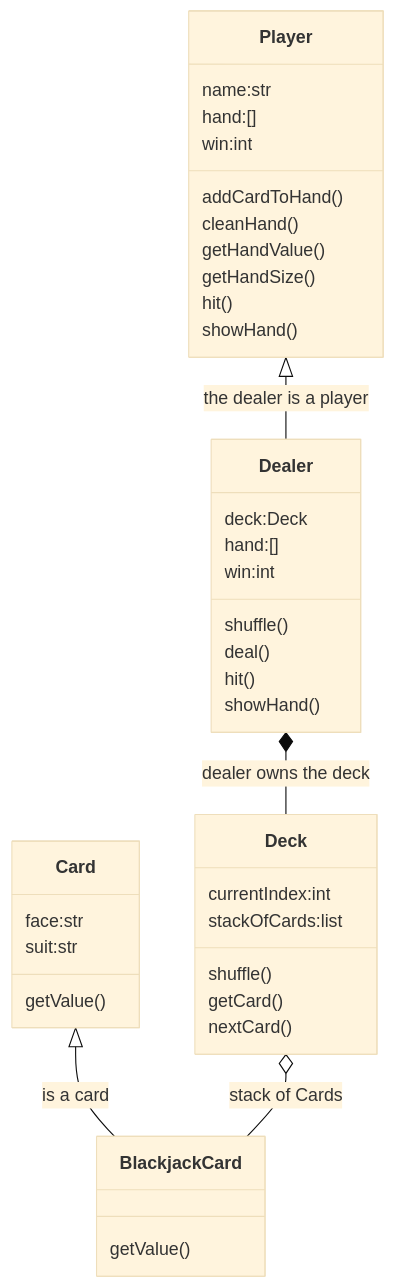
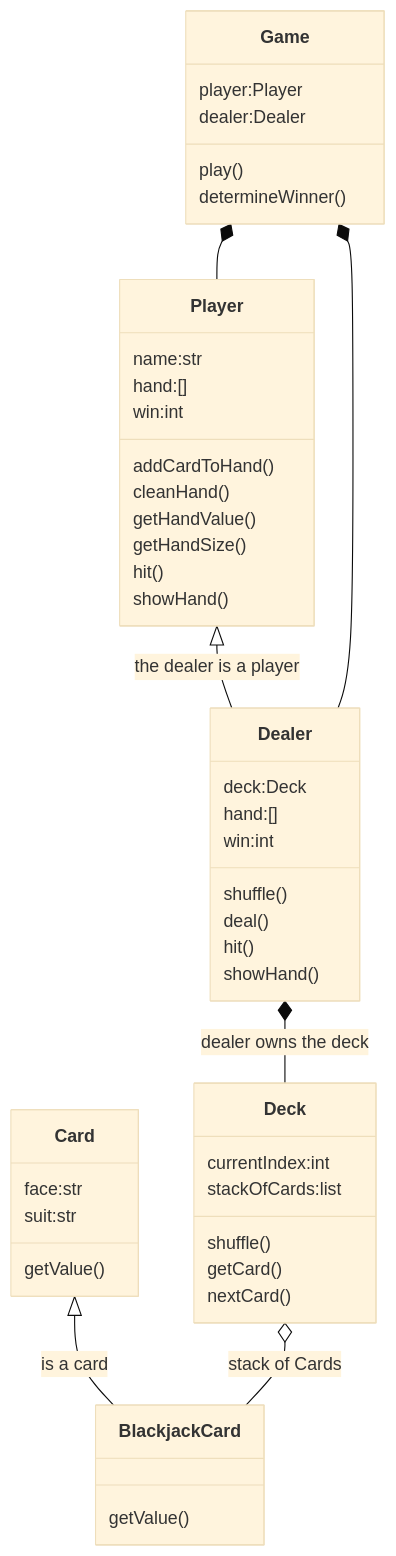
Before and after one commit to jwang1122/python1: the sixth of 7 diagrams in doc/python.md, drawn with Mermaid (base theme). The commit also changed other lines of this file and 6 other files, not shown here.

````diff
--- a/doc/python.md
+++ b/doc/python.md
@@ -412,47 +431,56 @@
 ```mermaid
 classDiagram
 class Card {
   face:str
   suit:str
   getValue()
 }
 
 class BlackjackCard{
   getValue()
 }
 
 class Deck{
   currentIndex:int
   stackOfCards:list
   shuffle()
   getCard()
   nextCard()
 }
 
 class Player{
   name:str
   hand:[]
   win:int
   addCardToHand()
   cleanHand()
   getHandValue()
   getHandSize()
   hit()
   showHand()
 }
 
 class Dealer {
   deck:Deck
   hand:[]
   win:int
   shuffle()
   deal()
   hit()
   showHand()
 }
 
+class Game{
+  player:Player
+  dealer:Dealer
+  play()
+  determineWinner()
+}
+
 Player<|--Dealer:the dealer is a player
 Dealer *--Deck:dealer owns the deck
 Card<|--BlackjackCard:is a card
 Deck o--BlackjackCard:stack of Cards
+Game *-- Player
+Game *-- Dealer
 ```
````
